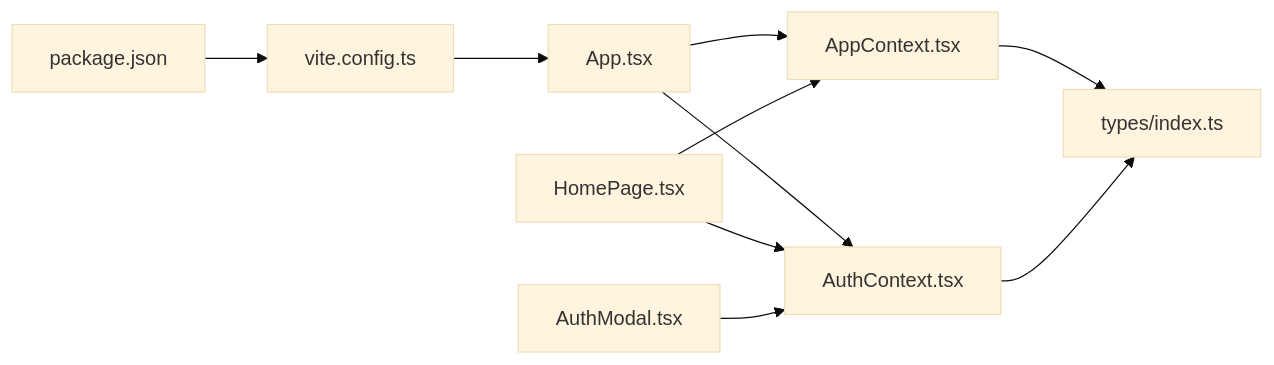
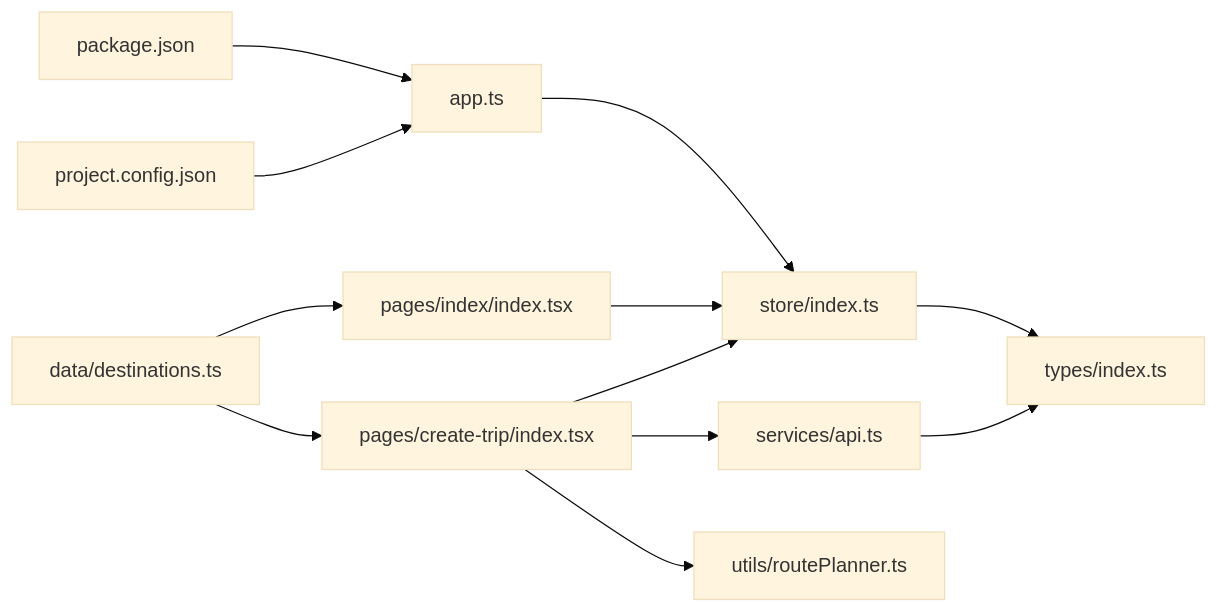
Before and after one commit to ititjjy/AITrip-plan: the fourth of 4 diagrams in .qoder/repowiki/zh/content/前端架构/前端架构.md, drawn with Mermaid (base theme). The commit also changed other lines of this file and 17 other files, not shown here.

````diff
--- a/.qoder/repowiki/zh/content/前端架构/前端架构.md
+++ b/.qoder/repowiki/zh/content/前端架构/前端架构.md
@@ -271,12 +256,14 @@
 ```mermaid
 graph LR
-APP["App.tsx"] --> APC["AppContext.tsx"]
-APP --> AUC["AuthContext.tsx"]
-HP["HomePage.tsx"] --> APC
-HP --> AUC
-AM["AuthModal.tsx"] --> AUC
-APC --> T["types/index.ts"]
-AUC --> T
-VC["vite.config.ts"] --> APP
-PKG["package.json"] --> VC
+APP["app.ts"] --> STORE["store/index.ts"]
+HOME["pages/index/index.tsx"] --> STORE
+CREATE["pages/create-trip/index.tsx"] --> STORE
+CREATE --> API["services/api.ts"]
+CREATE --> UTIL["utils/routePlanner.ts"]
+API --> TYPES["types/index.ts"]
+STORE --> TYPES
+DATA["data/destinations.ts"] --> HOME
+DATA --> CREATE
+PKG["package.json"] --> APP
+CONFIG["project.config.json"] --> APP
 ```
````
